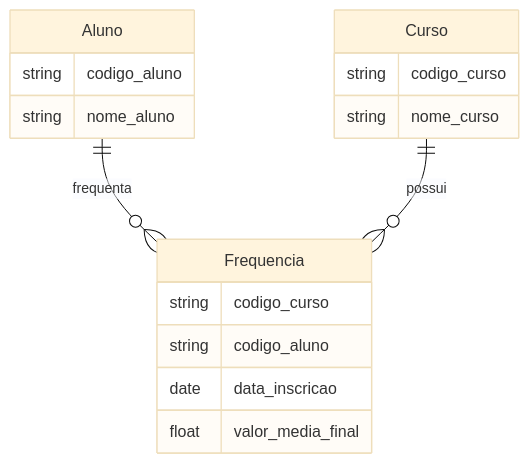
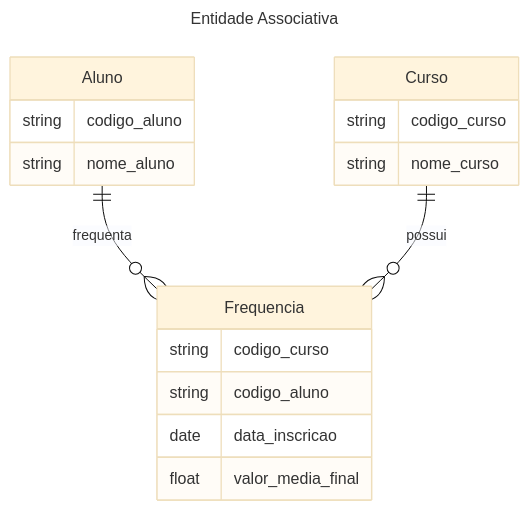
Before and after one commit to dmenezesgabriel/notes: the fourth of 6 diagrams in notes/data-enginieer.concepts.data-modeling.data-modeling-cardinality.md, drawn with Mermaid (base theme). The commit also changed other lines of this file and 4 other files, not shown here.

````diff
--- a/notes/data-enginieer.concepts.data-modeling.data-modeling-cardinality.md
+++ b/notes/data-enginieer.concepts.data-modeling.data-modeling-cardinality.md
@@ -37,19 +49,23 @@
 ```mermaid
+---
+title: Entidade Associativa
+---
+
 erDiagram
   Aluno ||--o{ Frequencia : frequenta
   Curso ||--o{ Frequencia : possui
   Aluno {
     string codigo_aluno
     string nome_aluno
   }
   Curso {
     string codigo_curso
     string nome_curso
   }
   Frequencia {
     string codigo_curso
     string codigo_aluno
     date data_inscricao
     float valor_media_final
   }
 ```
````
